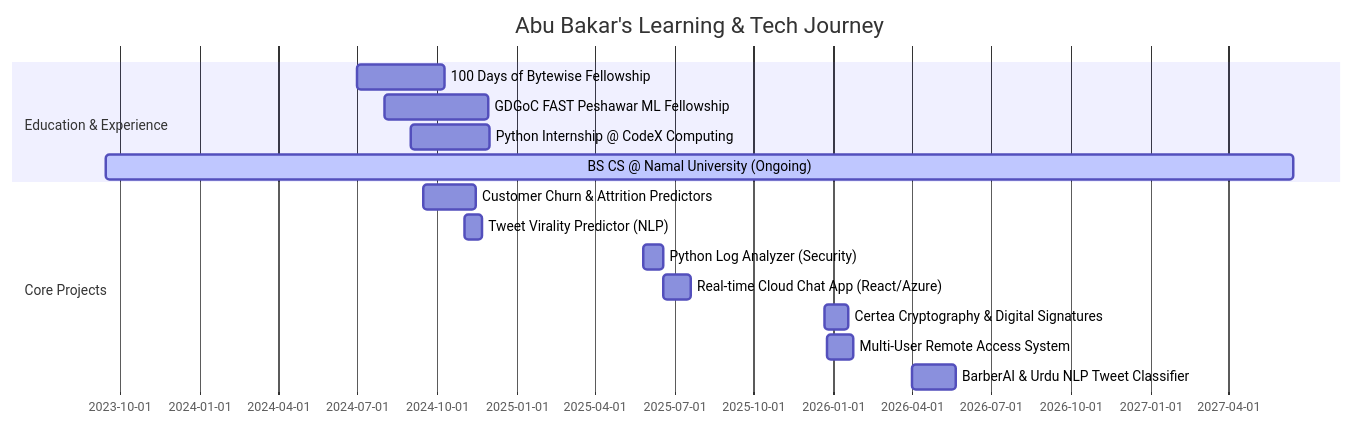
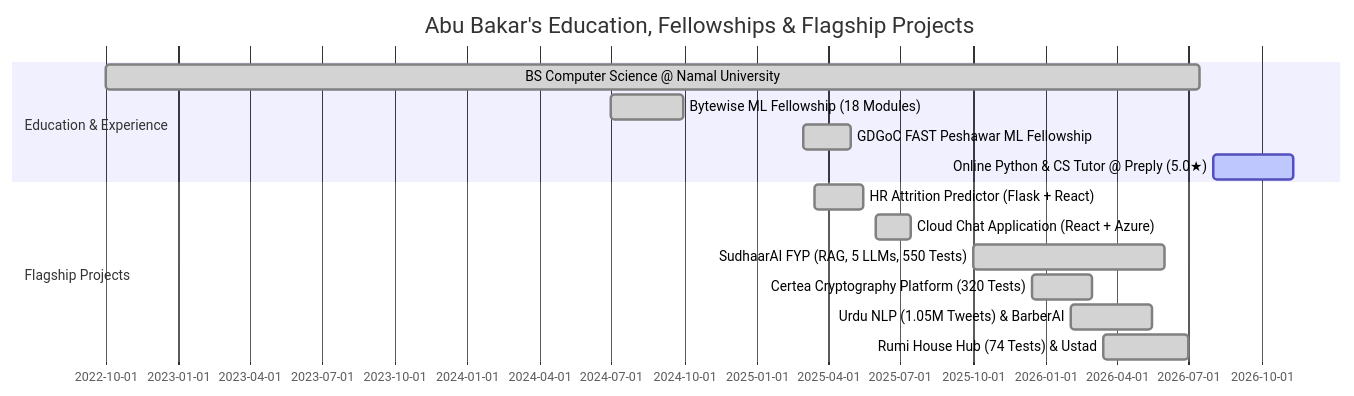
One commit to abubakarp789/abubakarp789 changed the diagram in README.md. Above: the diagram before and after it, drawn with Mermaid. The commit also changed other lines of this file, not shown here.

````diff
--- a/README.md
+++ b/README.md
@@ -242,19 +294,18 @@
 ```mermaid
 gantt
-    title Abu Bakar's Learning & Tech Journey
+    title Abu Bakar's Education, Fellowships & Flagship Projects
     dateFormat  YYYY-MM-DD
     section Education & Experience
-    100 Days of Bytewise Fellowship             :a1, 2024-07-01, 100d
-    GDGoC FAST Peshawar ML Fellowship           :a2, 2024-08-01, 120d
-    Python Internship @ CodeX Computing         :a3, 2024-09-01, 90d
-    BS CS @ Namal University (Ongoing)          :active, a4, 2023-09-15, 2027-06-15
-    
-    section Core Projects
-    Customer Churn & Attrition Predictors       :2024-09-15, 60d
-    Tweet Virality Predictor (NLP)              :2024-11-01, 21d
-    Python Log Analyzer (Security)              :2025-05-27, 22d
-    Real-time Cloud Chat App (React/Azure)      :2025-06-18, 33d
-    Certea Cryptography & Digital Signatures   :2025-12-21, 28d
-    Multi-User Remote Access System             :2025-12-24, 31d
-    BarberAI & Urdu NLP Tweet Classifier        :2026-04-02, 50d
+    BS Computer Science @ Namal University      :done, edu1, 2022-10-01, 2026-07-15
+    Bytewise ML Fellowship (18 Modules)         :done, exp1, 2024-07-01, 2024-09-30
+    GDGoC FAST Peshawar ML Fellowship           :done, exp2, 2025-03-01, 2025-04-30
+    Online Python & CS Tutor @ Preply (5.0★)    :active, exp3, 2026-08-01, 2026-11-10
+
+    section Flagship Projects
+    HR Attrition Predictor (Flask + React)      :done, p1, 2025-03-15, 2025-05-15
+    Cloud Chat Application (React + Azure)      :done, p2, 2025-06-01, 2025-07-15
+    SudhaarAI FYP (RAG, 5 LLMs, 550 Tests)      :done, p3, 2025-10-01, 2026-05-31
+    Certea Cryptography Platform (320 Tests)    :done, p4, 2025-12-15, 2026-03-01
+    Urdu NLP (1.05M Tweets) & BarberAI          :done, p5, 2026-02-01, 2026-05-15
+    Rumi House Hub (74 Tests) & Ustad           :done, p6, 2026-03-15, 2026-06-30
 ```
````
